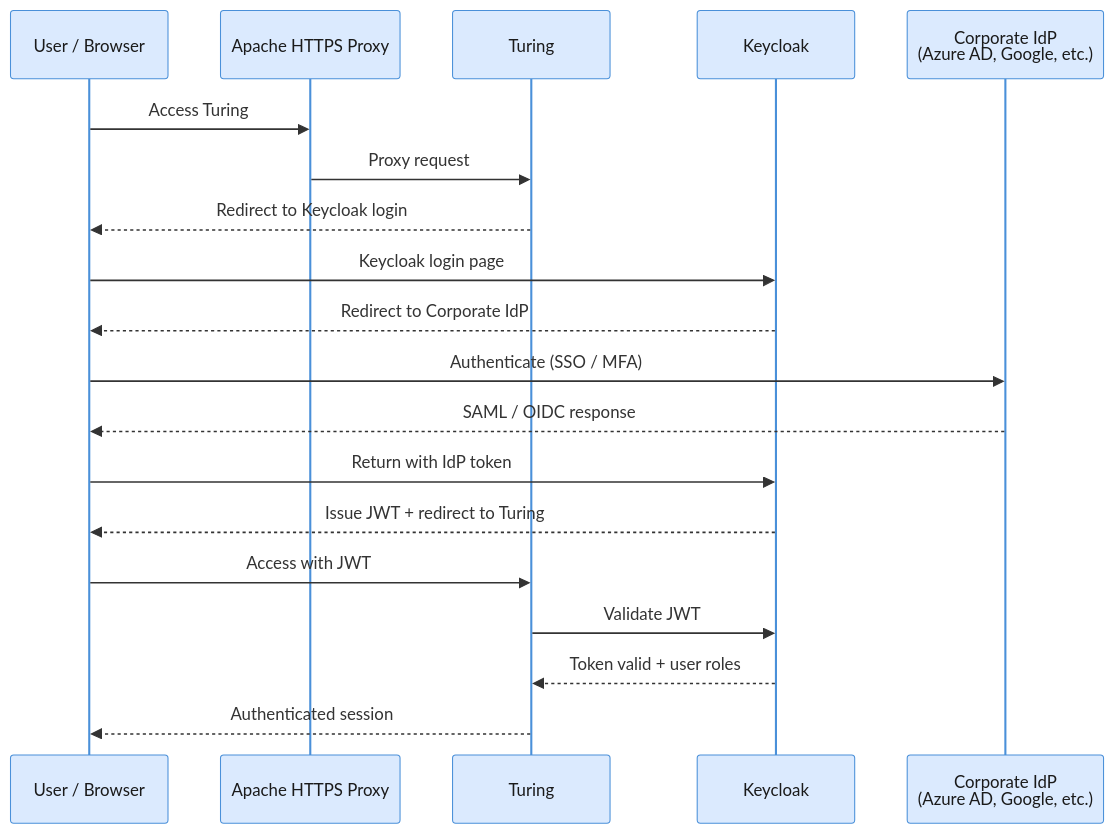
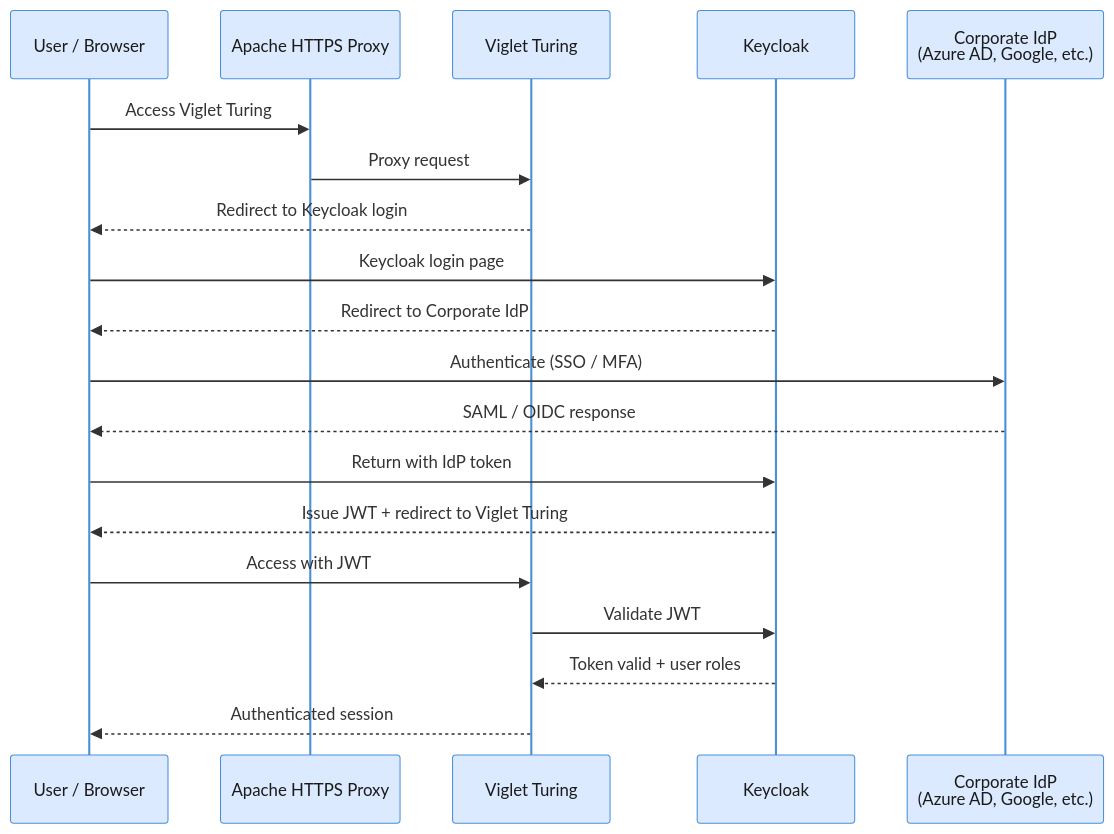
One commit to openviglet/turing changed the diagram in frontend/apps/docs/src/content/docs/security-keycloak.md. Above: the diagram before and after it, drawn with Mermaid. The commit also changed other lines of this file and 69 other files, not shown here.

First line of the commit message:
docs(docs): full Viglet product names across the end-user docs (T1268), with T1274 filed

````diff
--- a/frontend/apps/docs/src/content/docs/security-keycloak.md
+++ b/frontend/apps/docs/src/content/docs/security-keycloak.md
@@ -59,23 +59,23 @@
 ```mermaid
 %%{init: {'theme': 'base', 'themeVariables': {'fontSize': '13px', 'actorBkg': '#dbeafe', 'actorBorder': '#4A90D9', 'actorTextColor': '#1a1a1a', 'activationBkgColor': '#ede9fe', 'activationBorderColor': '#9B6EC5', 'labelBoxBkgColor': '#fef3c7', 'labelBoxBorderColor': '#E8A838', 'labelTextColor': '#1a1a1a', 'noteBkgColor': '#dcfce7', 'noteBorderColor': '#50B86C', 'noteTextColor': '#1a1a1a', 'signalColor': '#333', 'signalTextColor': '#333'}}}%%
 sequenceDiagram
     participant User as User / Browser
     participant Apache as Apache HTTPS Proxy
-    participant Turing as Turing
+    participant Turing as Viglet Turing
     participant KC as Keycloak
     participant IdP as Corporate IdP<br/>(Azure AD, Google, etc.)
 
-    User->>Apache: Access Turing
+    User->>Apache: Access Viglet Turing
     Apache->>Turing: Proxy request
     Turing-->>User: Redirect to Keycloak login
     User->>KC: Keycloak login page
     KC-->>User: Redirect to Corporate IdP
     User->>IdP: Authenticate (SSO / MFA)
     IdP-->>User: SAML / OIDC response
     User->>KC: Return with IdP token
-    KC-->>User: Issue JWT + redirect to Turing
+    KC-->>User: Issue JWT + redirect to Viglet Turing
     User->>Turing: Access with JWT
     Turing->>KC: Validate JWT
     KC-->>Turing: Token valid + user roles
     Turing-->>User: Authenticated session
 ```
````
